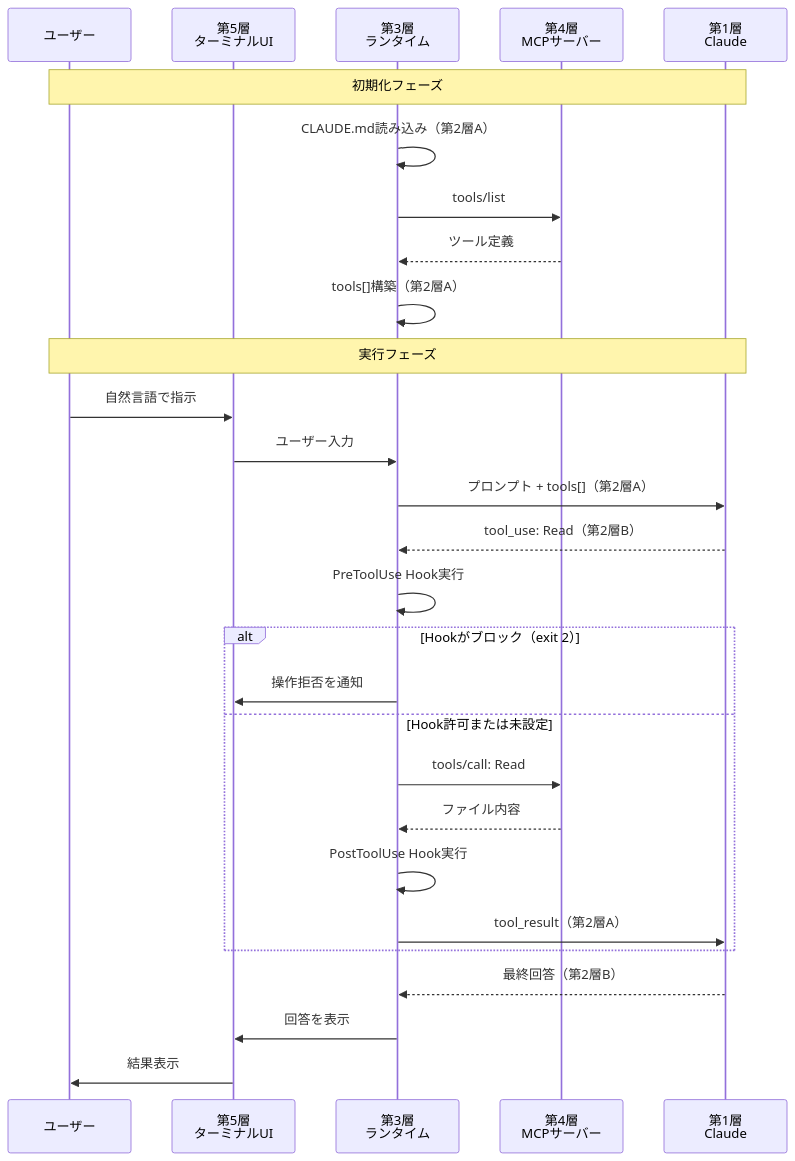
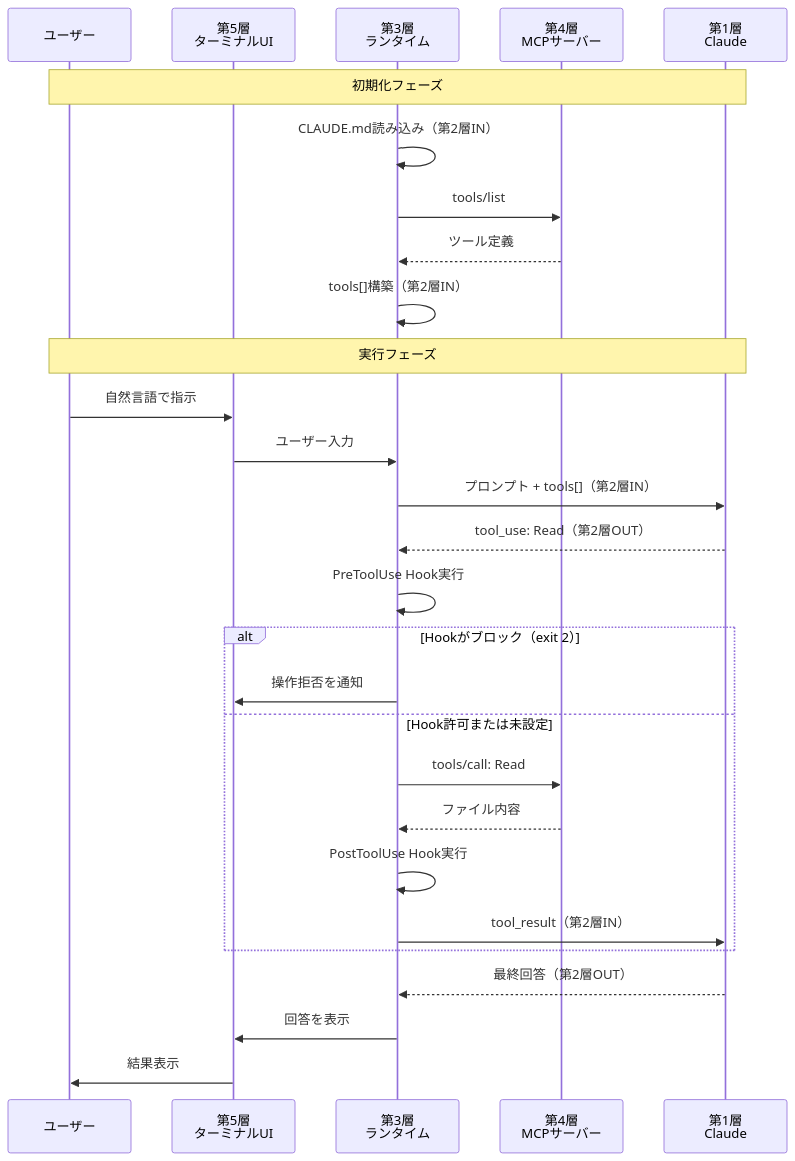
Before and after one commit to fsitlab/zenn: the second of 2 diagrams in books/ai-agent-layered-map/07-1-claude-code.md, drawn with Mermaid. The commit also changed other lines of this file and 12 other files, not shown here.

````diff
--- a/books/ai-agent-layered-map/07-1-claude-code.md
+++ b/books/ai-agent-layered-map/07-1-claude-code.md
@@ -150,34 +150,34 @@
 ```mermaid
 sequenceDiagram
     participant User as ユーザー
     participant UI as 第5層<br/>ターミナルUI
     participant Runtime as 第3層<br/>ランタイム
     participant MCP as 第4層<br/>MCPサーバー
     participant LLM as 第1層<br/>Claude
 
     Note over User,LLM: 初期化フェーズ
-    Runtime->>Runtime: CLAUDE.md読み込み（第2層A）
+    Runtime->>Runtime: CLAUDE.md読み込み（第2層IN）
     Runtime->>MCP: tools/list
     MCP-->>Runtime: ツール定義
-    Runtime->>Runtime: tools[]構築（第2層A）
+    Runtime->>Runtime: tools[]構築（第2層IN）
 
     Note over User,LLM: 実行フェーズ
     User->>UI: 自然言語で指示
     UI->>Runtime: ユーザー入力
-    Runtime->>LLM: プロンプト + tools[]（第2層A）
-    LLM-->>Runtime: tool_use: Read（第2層B）
+    Runtime->>LLM: プロンプト + tools[]（第2層IN）
+    LLM-->>Runtime: tool_use: Read（第2層OUT）
 
     Runtime->>Runtime: PreToolUse Hook実行
     alt Hookがブロック（exit 2）
         Runtime->>UI: 操作拒否を通知
     else Hook許可または未設定
         Runtime->>MCP: tools/call: Read
         MCP-->>Runtime: ファイル内容
         Runtime->>Runtime: PostToolUse Hook実行
-        Runtime->>LLM: tool_result（第2層A）
+        Runtime->>LLM: tool_result（第2層IN）
     end
 
-    LLM-->>Runtime: 最終回答（第2層B）
+    LLM-->>Runtime: 最終回答（第2層OUT）
     Runtime->>UI: 回答を表示
     UI->>User: 結果表示
 ```
````
